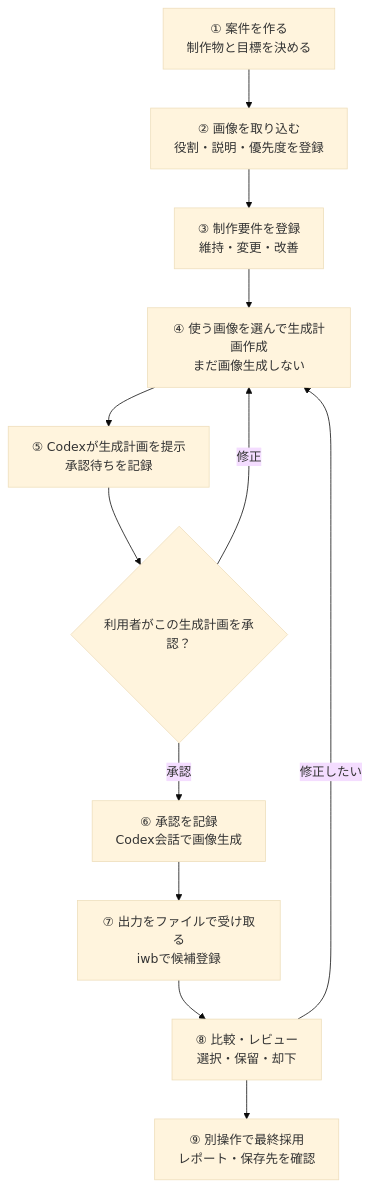
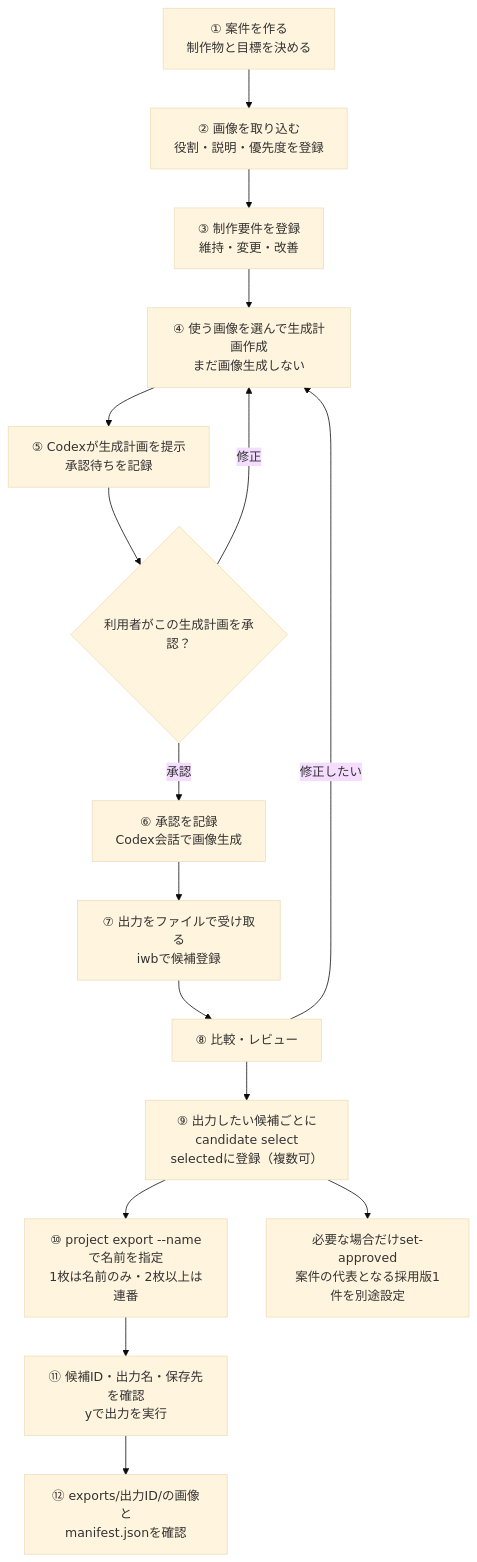
Before and after one commit to Friceballman/ImageCreatorHarness: the first of 2 diagrams in docs/operation-manual.md, drawn with Mermaid (base theme). The commit also changed other lines of this file and 5 other files, not shown here.

````diff
--- a/docs/operation-manual.md
+++ b/docs/operation-manual.md
@@ -13,14 +13,18 @@
 ```mermaid
 flowchart TD
   A["① 案件を作る<br>制作物と目標を決める"] --> B["② 画像を取り込む<br>役割・説明・優先度を登録"]
   B --> C["③ 制作要件を登録<br>維持・変更・改善"]
   C --> D["④ 使う画像を選んで生成計画作成<br>まだ画像生成しない"]
   D --> E["⑤ Codexが生成計画を提示<br>承認待ちを記録"]
   E --> F{"利用者がこの生成計画を承認？"}
   F -->|修正| D
   F -->|承認| G["⑥ 承認を記録<br>Codex会話で画像生成"]
   G --> H["⑦ 出力をファイルで受け取る<br>iwbで候補登録"]
-  H --> I["⑧ 比較・レビュー<br>選択・保留・却下"]
-  I --> J["⑨ 別操作で最終採用<br>レポート・保存先を確認"]
+  H --> I["⑧ 比較・レビュー"]
+  I --> J["⑨ 出力したい候補ごとにcandidate select<br>selectedに登録（複数可）"]
+  J --> K["⑩ project export --nameで名前を指定<br>1枚は名前のみ・2枚以上は連番"]
+  K --> L["⑪ 候補ID・出力名・保存先を確認<br>yで出力を実行"]
+  L --> M["⑫ exports/出力ID/の画像と<br>manifest.jsonを確認"]
+  J --> N["必要な場合だけset-approved<br>案件の代表となる採用版1件を別途設定"]
   I -->|修正したい| D
 ```
````
